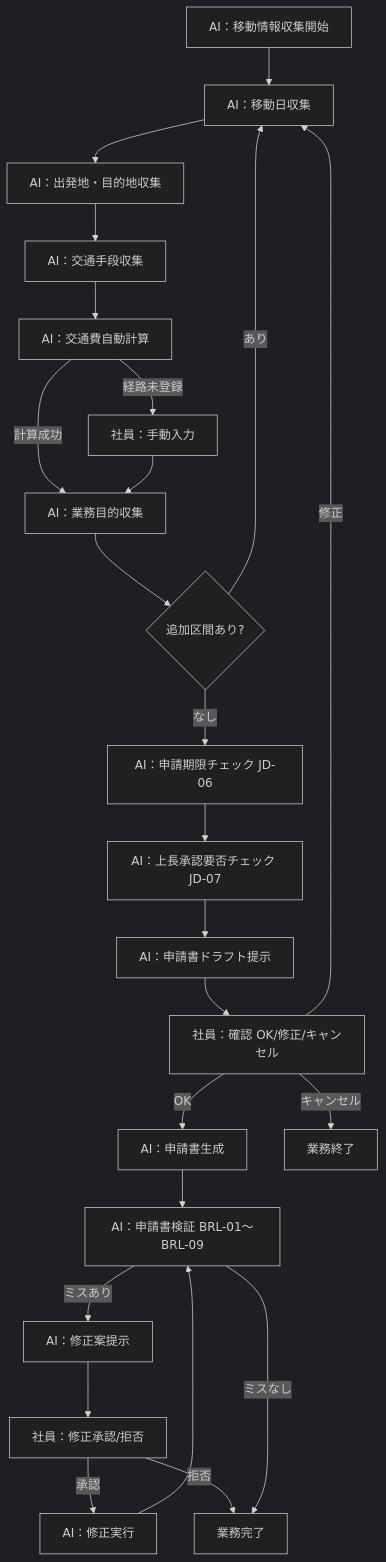
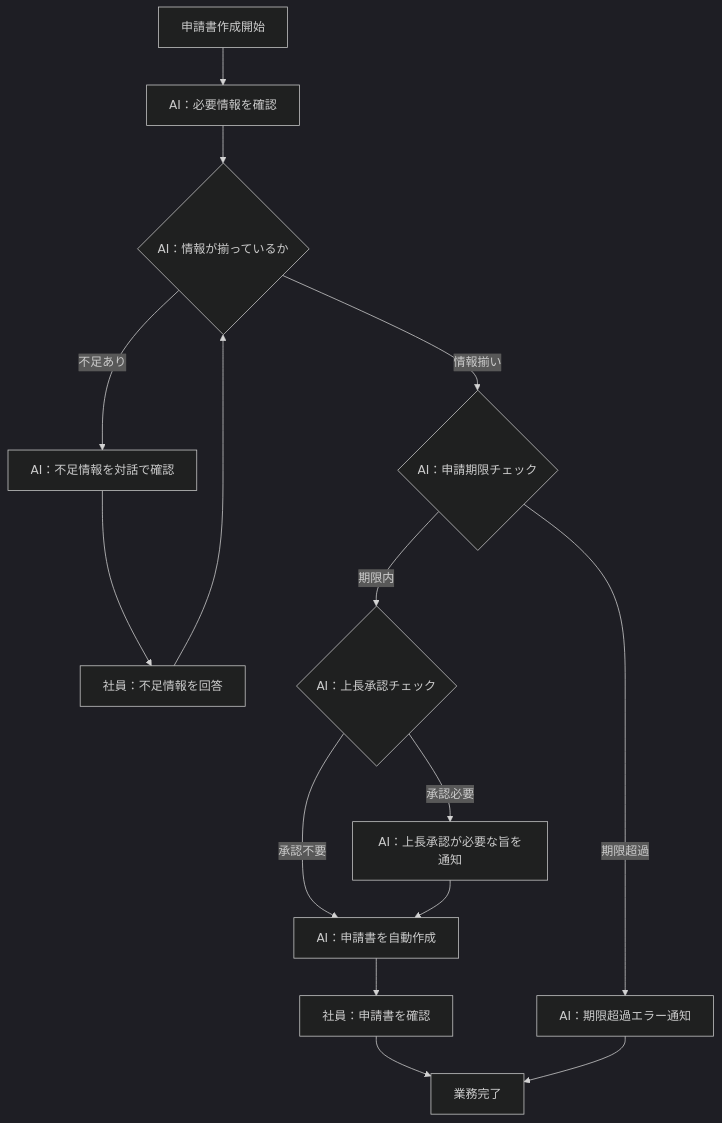
One commit to horii003/AIAgentBook changed the second of 2 diagrams in artifacts/01_business-requirements/outputs/業務プロセス定義.md. Above: the diagram before and after it, drawn with Mermaid (dark theme). The commit also changed other lines of this file and 115 other files, not shown here.

````diff
--- a/artifacts/01_business-requirements/outputs/業務プロセス定義.md
+++ b/artifacts/01_business-requirements/outputs/業務プロセス定義.md
@@ -141,26 +360,17 @@
 ```mermaid
 flowchart TD
-    A[AI：移動情報収集開始] --> B[AI：移動日収集]
-    B --> C[AI：出発地・目的地収集]
-    C --> D[AI：交通手段収集]
-    D --> E[AI：交通費自動計算]
-    E -->|経路未登録| F[社員：手動入力]
-    E -->|計算成功| G[AI：業務目的収集]
-    F --> G
-    G --> H{追加区間あり?}
-    H -->|あり| B
-    H -->|なし| I[AI：申請期限チェック JD-06]
-    I --> J[AI：上長承認要否チェック JD-07]
-    J --> K[AI：申請書ドラフト提示]
-    K --> L[社員：確認 OK/修正/キャンセル]
-    L -->|OK| M[AI：申請書生成]
-    L -->|修正| B
-    L -->|キャンセル| N[業務終了]
-    M --> O[AI：申請書検証 BRL-01〜BRL-09]
-    O -->|ミスあり| P[AI：修正案提示]
-    P --> Q[社員：修正承認/拒否]
-    Q -->|承認| R[AI：修正実行]
-    R --> O
-    Q -->|拒否| S[業務完了]
-    O -->|ミスなし| S
+    A[申請書作成開始] --> B[AI：必要情報を確認]
+    B --> C{AI：情報が揃っているか}
+    C -->|不足あり| D[AI：不足情報を対話で確認]
+    D --> E[社員：不足情報を回答]
+    E --> C
+    C -->|情報揃い| F{AI：申請期限チェック}
+    F -->|期限内| G{AI：上長承認チェック}
+    F -->|期限超過| H[AI：期限超過エラー通知]
+    G -->|承認不要| I[AI：申請書を自動作成]
+    G -->|承認必要| J[AI：上長承認が必要な旨を通知]
+    J --> I
+    I --> K[社員：申請書を確認]
+    K --> L[業務完了]
+    H --> L
 ```
````
